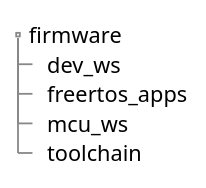
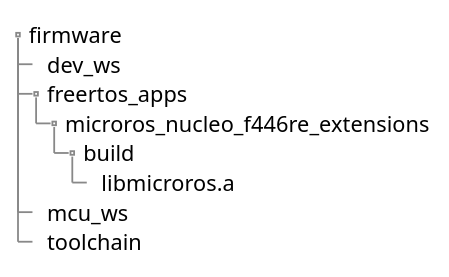
Before and after one commit to exshonda/micro-ROS_ASP3: the first of 3 diagrams in doc/toppers_stm32f413.md, drawn with PlantUML. The commit also changed other lines of this file and 3 other files, not shown here.

````diff
--- a/doc/toppers_stm32f413.md
+++ b/doc/toppers_stm32f413.md
@@ -133,16 +127,19 @@
     ```plantuml
     @startuml
 
     salt
     {
     {T
         firmware
         + dev_ws
         + freertos_apps
+        ++ microros_nucleo_f446re_extensions
+        +++build
+        ++++libmicroros.a
         + mcu_ws
         + toolchain
     }
     }
 
     @enduml
     ```
````
